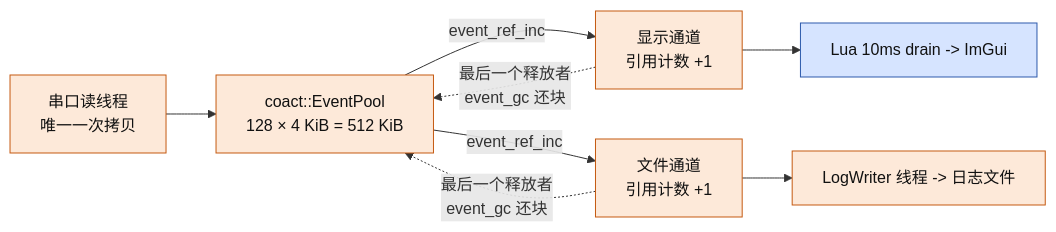
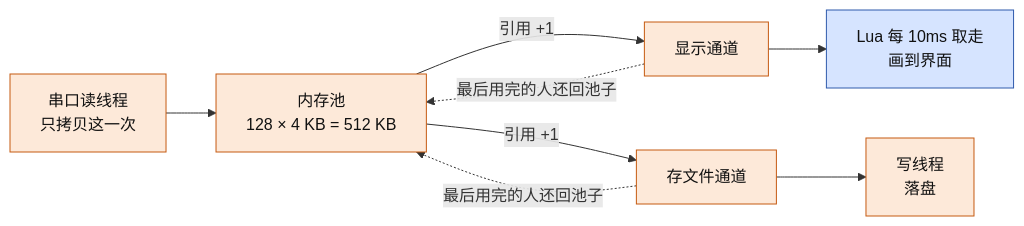
The second of 3 diagrams in docs/technical-overview.md (DeguiLiu/xcom_lua), drawn with Mermaid before and after one commit. The commit also changed other lines of this file, not shown here.

````diff
--- a/docs/technical-overview.md
+++ b/docs/technical-overview.md
@@ -75,13 +73,13 @@
 ```mermaid
 flowchart LR
   classDef cpp fill:#FDE9D9,stroke:#C55A11,color:#111
   classDef lua fill:#D6E4FF,stroke:#2E5AAC,color:#111
 
-  RD["串口读线程<br/>唯一一次拷贝"]:::cpp --> POOL["coact::EventPool<br/>128 × 4 KiB = 512 KiB"]:::cpp
-  POOL -->|"event_ref_inc"| DISP["显示通道<br/>引用计数 +1"]:::cpp
-  POOL -->|"event_ref_inc"| FILE["文件通道<br/>引用计数 +1"]:::cpp
-  DISP --> LW["Lua 10ms drain -> ImGui"]:::lua
-  FILE --> LOG["LogWriter 线程 -> 日志文件"]:::cpp
-  DISP -.->|"最后一个释放者<br/>event_gc 还块"| POOL
-  FILE -.->|"最后一个释放者<br/>event_gc 还块"| POOL
+  RD["串口读线程<br/>只拷贝这一次"]:::cpp --> POOL["内存池<br/>128 × 4 KB = 512 KB"]:::cpp
+  POOL -->|"引用 +1"| DISP["显示通道"]:::cpp
+  POOL -->|"引用 +1"| FILE["存文件通道"]:::cpp
+  DISP --> LW["Lua 每 10ms 取走<br/>画到界面"]:::lua
+  FILE --> LOG["写线程<br/>落盘"]:::cpp
+  DISP -.->|"最后用完的人还回池子"| POOL
+  FILE -.->|"最后用完的人还回池子"| POOL
 ```
````
